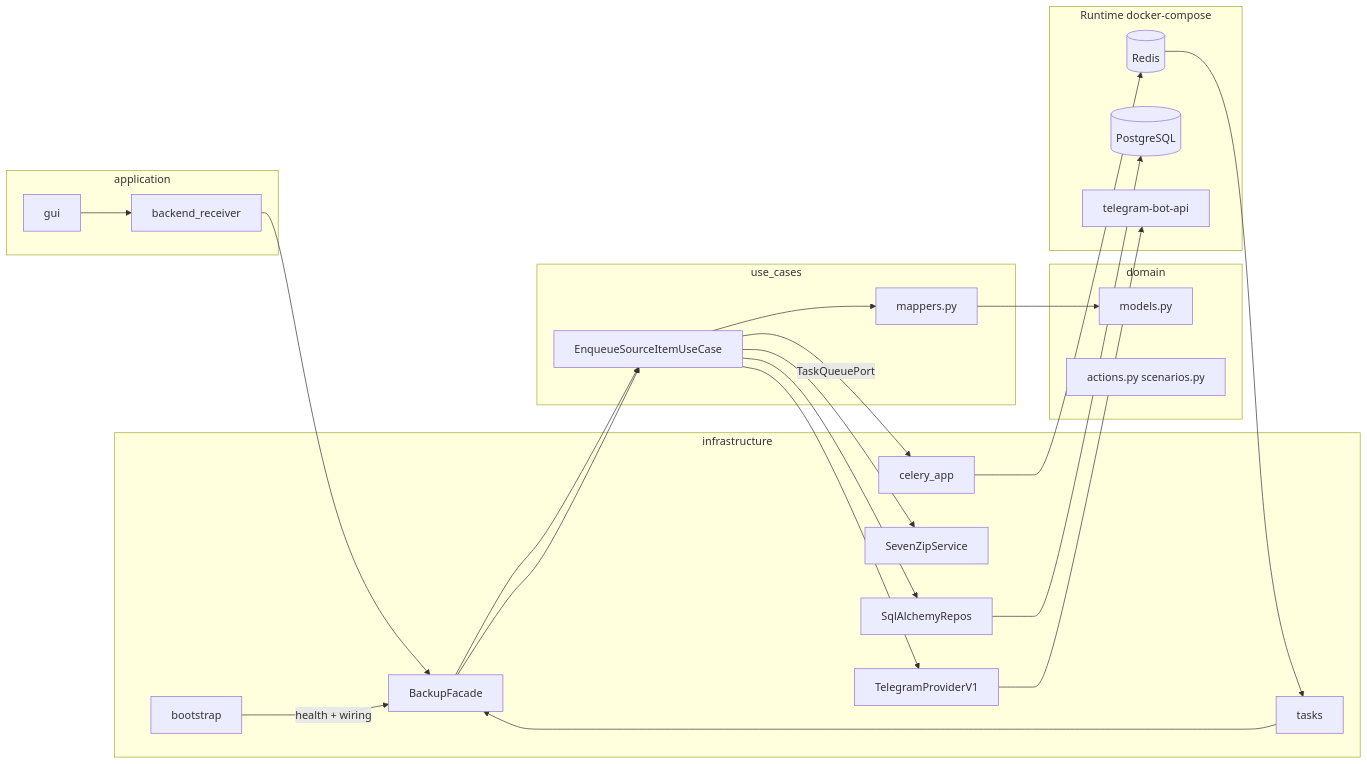
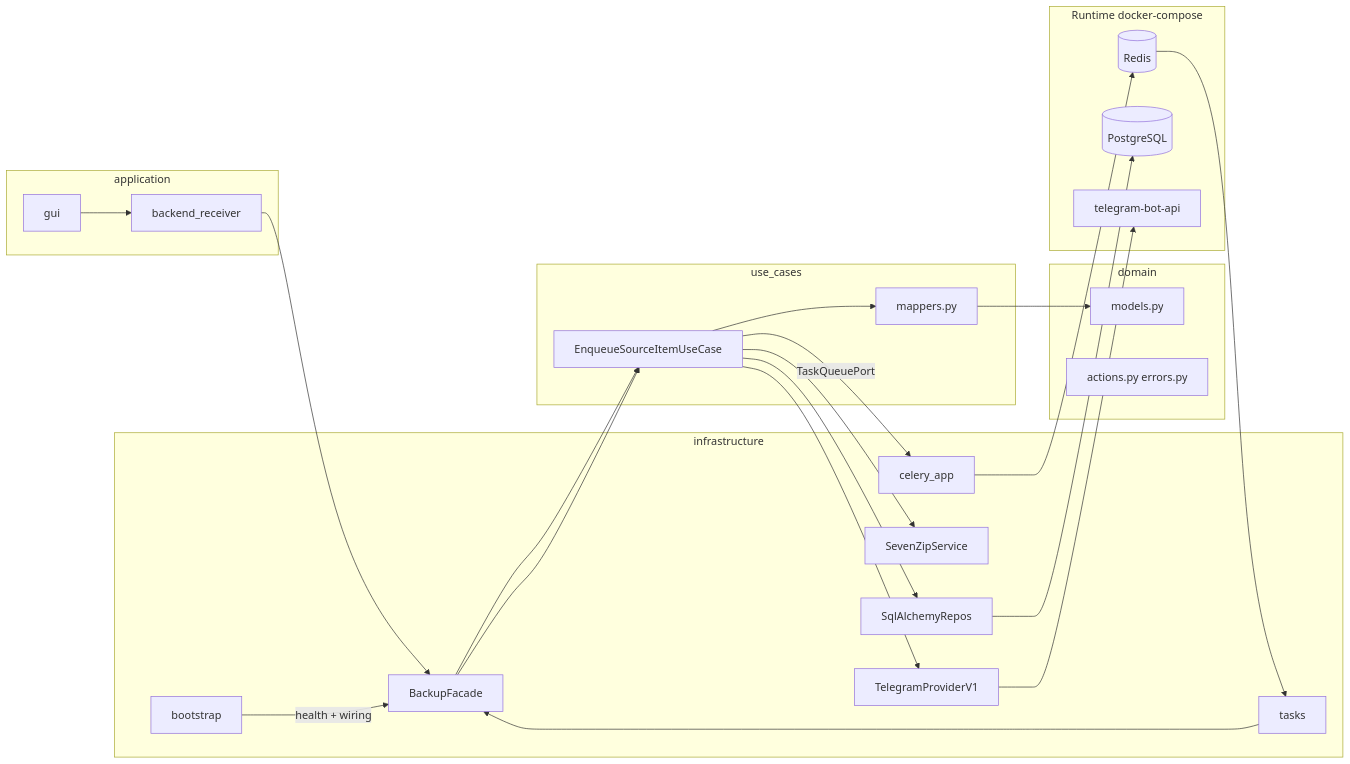
The second of 4 diagrams in docs/ONION_ARCHITECTURE.md (RomFuture/telegram-uploader), drawn with Mermaid before and after one commit. The commit also changed other lines of this file and 62 other files, not shown here.

````diff
--- a/docs/ONION_ARCHITECTURE.md
+++ b/docs/ONION_ARCHITECTURE.md
@@ -111,46 +111,46 @@
 ```mermaid
 flowchart LR
   subgraph application_layer [application]
     GUI[gui]
     Receiver[backend_receiver]
   end
   subgraph infra_layer [infrastructure]
     Bootstrap[bootstrap]
     Facade[BackupFacade]
     CeleryApp[celery_app]
     Tasks[tasks]
     Zip[SevenZipService]
     DB[SqlAlchemyRepos]
     TG[TelegramProviderV1]
   end
   subgraph domain_layer [domain]
     Models[models.py]
-    Actions[actions.py scenarios.py]
+    Actions[actions.py errors.py]
   end
   subgraph use_cases_layer [use_cases]
     UC[EnqueueSourceItemUseCase]
     Mappers[mappers.py]
     UC --> Mappers
     Mappers --> Models
   end
   subgraph runtime [Runtime docker-compose]
     Redis[(Redis)]
     Postgres[(PostgreSQL)]
     BotAPI[telegram-bot-api]
   end
 
   GUI --> Receiver
   Receiver --> Facade
   Facade --> UC
   UC -->|"TaskQueuePort"| CeleryApp
   CeleryApp --> Redis
   Redis --> Tasks
   Tasks --> Facade
   Facade --> UC
   UC --> Zip
   UC --> DB
   UC --> TG
   DB --> Postgres
   TG --> BotAPI
   Bootstrap -->|"health + wiring"| Facade
 ```
````
